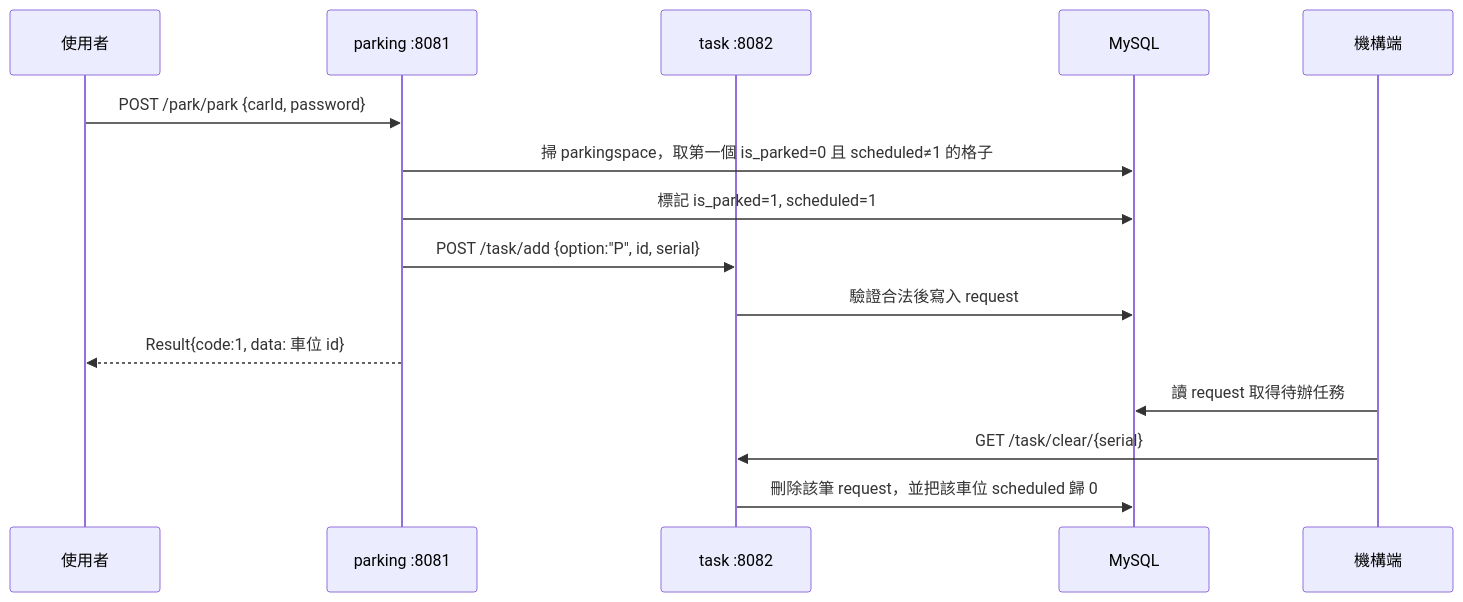
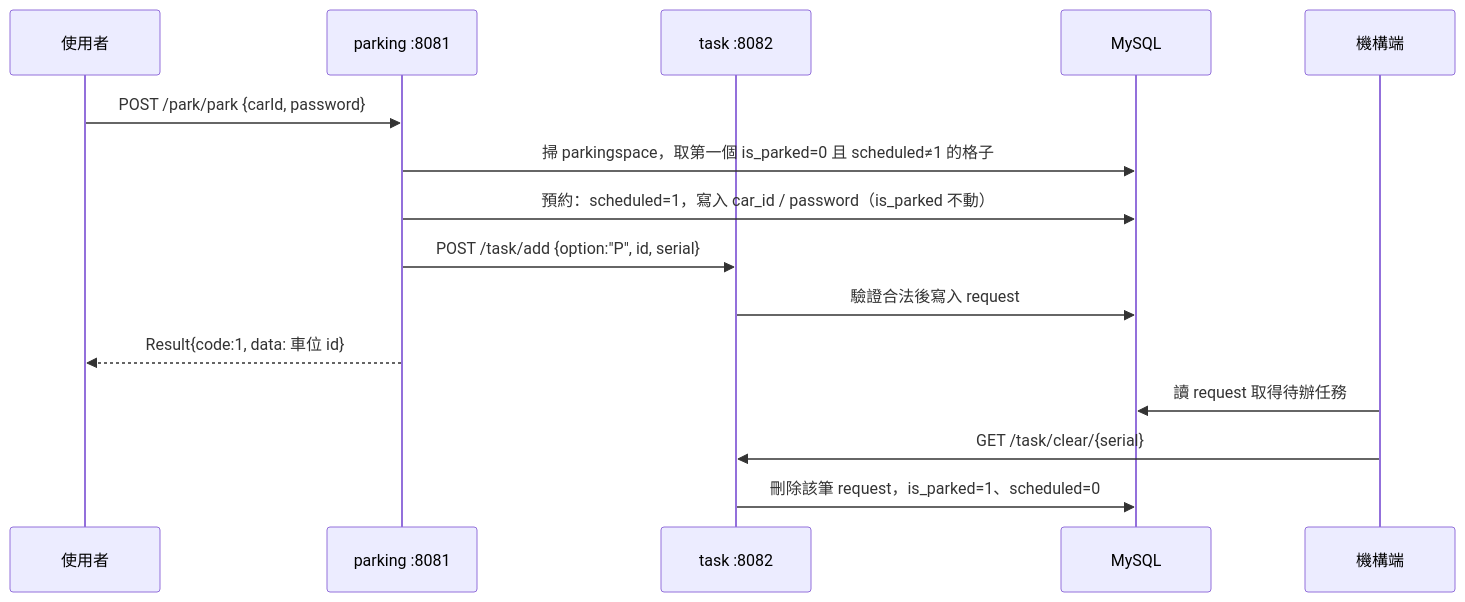
One commit to Eric7654321/MakeNTU2025_-Smart-automatic-parking-lot changed the diagram in README.md. Above: the diagram before and after it, drawn with Mermaid. The commit also changed other lines of this file and 9 other files, not shown here.

````diff
--- a/README.md
+++ b/README.md
@@ -28,18 +28,18 @@
 ```mermaid
 sequenceDiagram
     participant U as 使用者
     participant P as parking :8081
     participant T as task :8082
     participant DB as MySQL
     participant HW as 機構端
 
     U->>P: POST /park/park {carId, password}
     P->>DB: 掃 parkingspace，取第一個 is_parked=0 且 scheduled≠1 的格子
-    P->>DB: 標記 is_parked=1, scheduled=1
+    P->>DB: 預約：scheduled=1，寫入 car_id / password（is_parked 不動）
     P->>T: POST /task/add {option:"P", id, serial}
     T->>DB: 驗證合法後寫入 request
     P-->>U: Result{code:1, data: 車位 id}
     HW->>DB: 讀 request 取得待辦任務
     HW->>T: GET /task/clear/{serial}
-    T->>DB: 刪除該筆 request，並把該車位 scheduled 歸 0
+    T->>DB: 刪除該筆 request，is_parked=1、scheduled=0
 ```
````
